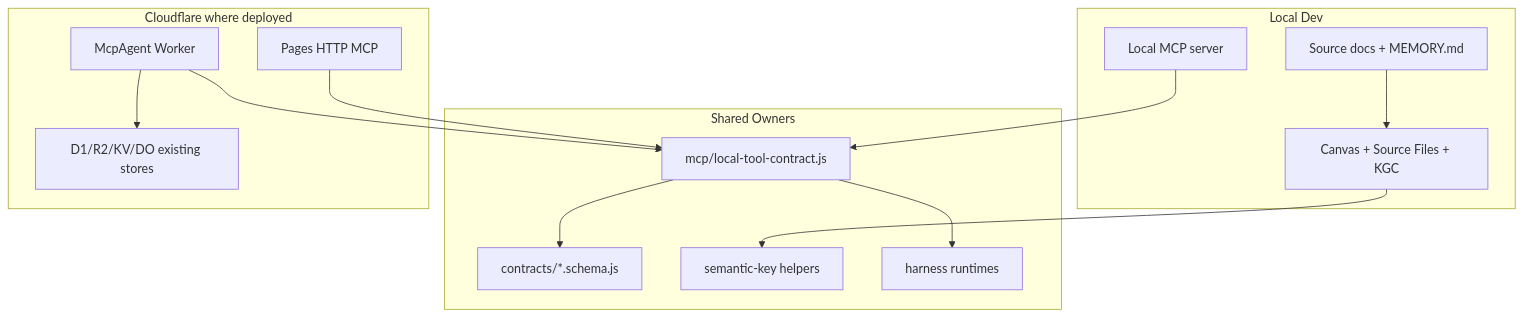
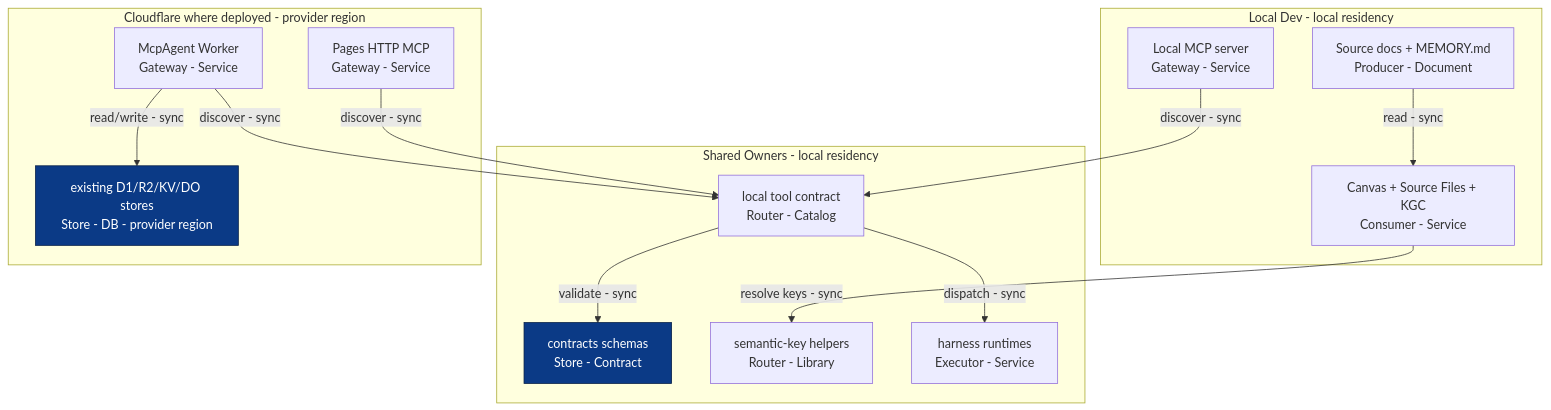
One commit to huijoohwee/agentic-canvas-os changed the diagram in docs/PRD-TAD.md. Above: the diagram before and after it, drawn with Mermaid. The commit also changed other lines of this file and 5 other files, not shown here.

Commit message:
Adopt preserved canvas diagram documentation

````diff
--- a/docs/PRD-TAD.md
+++ b/docs/PRD-TAD.md
@@ -197,30 +208,29 @@
 ```mermaid
 flowchart TB
-  subgraph Local["Local Dev"]
-    docs["Source docs + MEMORY.md"]
-    mcp["Local MCP server"]
-    canvas["Canvas + Source Files + KGC"]
+  subgraph local["Local Dev - local residency"]
+    docs["Source docs + MEMORY.md<br/>Producer - Document"]
+    mcp["Local MCP server<br/>Gateway - Service"]
+    canvas["Canvas + Source Files + KGC<br/>Consumer - Service"]
   end
-
-  subgraph Shared["Shared Owners"]
-    contracts["contracts/*.schema.js"]
-    catalog["mcp/local-tool-contract.js"]
-    semantic["semantic-key helpers"]
-    harness["harness runtimes"]
+  subgraph shared["Shared Owners - local residency"]
+    contracts["contracts schemas<br/>Store - Contract"]
+    catalog["local tool contract<br/>Router - Catalog"]
+    semantic["semantic-key helpers<br/>Router - Library"]
+    harness["harness runtimes<br/>Executor - Service"]
   end
-
-  subgraph Edge["Cloudflare where deployed"]
-    worker["McpAgent Worker"]
-    pages["Pages HTTP MCP"]
-    storage["D1/R2/KV/DO existing stores"]
+  subgraph edge["Cloudflare where deployed - provider region"]
+    worker["McpAgent Worker<br/>Gateway - Service"]
+    pages["Pages HTTP MCP<br/>Gateway - Service"]
+    storage["existing D1/R2/KV/DO stores<br/>Store - DB - provider region"]
   end
-
-  docs --> canvas
-  mcp --> catalog
-  catalog --> contracts
-  catalog --> harness
-  canvas --> semantic
-  worker --> catalog
-  worker --> storage
-  pages --> catalog
+  docs -->|"read - sync"| canvas
+  mcp -->|"discover - sync"| catalog
+  catalog -->|"validate - sync"| contracts
+  catalog -->|"dispatch - sync"| harness
+  canvas -->|"resolve keys - sync"| semantic
+  worker -->|"discover - sync"| catalog
+  worker -->|"read/write - sync"| storage
+  pages -->|"discover - sync"| catalog
+  classDef store fill:#0b3a86,stroke:#061f47,color:#ffffff
+  class contracts,storage store
 ```
````
